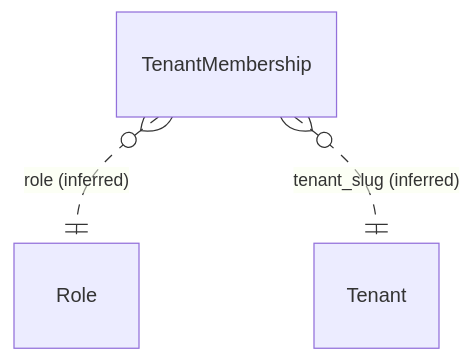
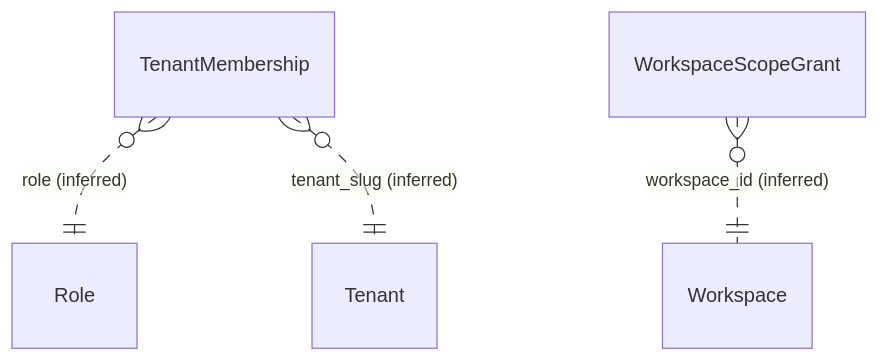
Before and after one commit to ruinosus/dna: the tenth of 12 diagrams in docs/reference/data-model.md, drawn with Mermaid. The commit also changed other lines of this file and 14 other files, not shown here.

````diff
--- a/docs/reference/data-model.md
+++ b/docs/reference/data-model.md
@@ -361,8 +361,11 @@
 ```mermaid
 erDiagram
     Role
     Tenant
     TenantMembership
+    Workspace
+    WorkspaceScopeGrant
     TenantMembership }o..|| Role : "role (inferred)"
     TenantMembership }o..|| Tenant : "tenant_slug (inferred)"
+    WorkspaceScopeGrant }o..|| Workspace : "workspace_id (inferred)"
 ```
````
